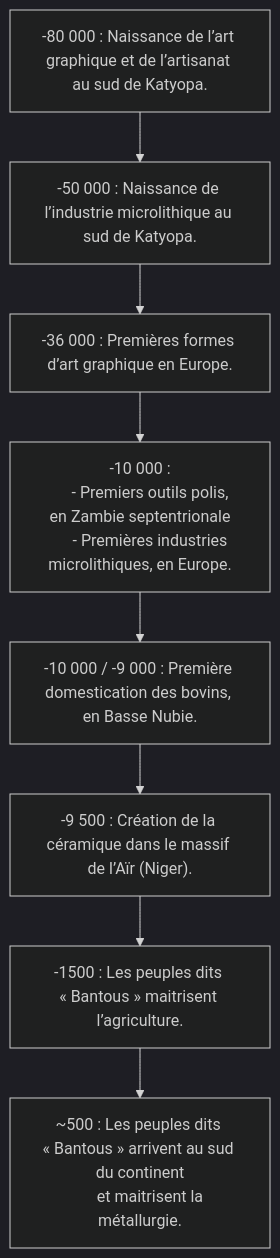
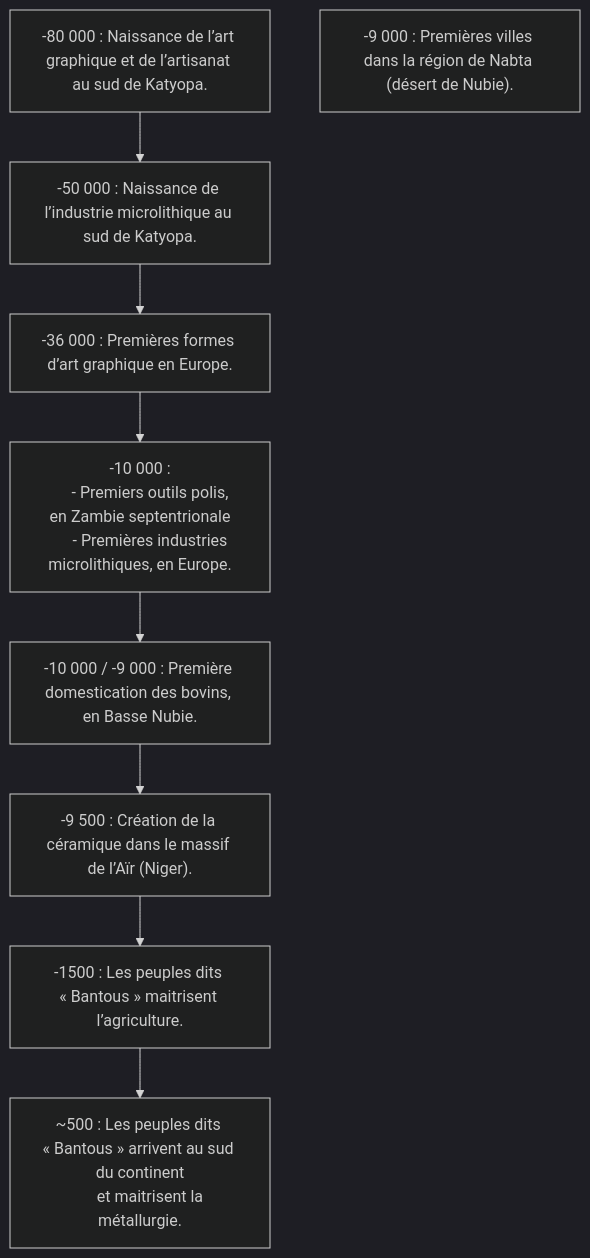
The diagram in en-cours/histoire/avancées-technologiques.md (ba-moun/Ba-Moun-Save), drawn with Mermaid (dark theme) before and after one commit. The commit also changed other lines of this file, not shown here.

Commit message:
docs: update en-cours/histoire/avancées-technologiques

````diff
--- a/en-cours/histoire/avancées-technologiques.md
+++ b/en-cours/histoire/avancées-technologiques.md
@@ -15,24 +15,26 @@
 ```mermaid
 flowchart TB
    graphicArts["-80 000 : Naissance de l’art graphique et de l’artisanat au sud de Katyopa."]
    
    technocomplex["-50 000 : Naissance de l’industrie microlithique au sud de Katyopa."]
    
    graphicArtsInEu["-36 000 : Premières formes d’art graphique en Europe."]
    
    technocomplexInEu["-10 000 :
       - Premiers outils polis, en Zambie septentrionale
       - Premières industries microlithiques, en Europe."]
    
    cattleDomestication["-10 000 / -9 000 : Première domestication des bovins, en Basse Nubie."]
    
    ceramicCreationDate["-9 500 : Création de la céramique dans le massif de l’Aïr (Niger)."]
+   
+   firstCities["-9 000 : Premières villes dans la région de Nabta (désert de Nubie)."]
 
    agriculture["-1500 : Les peuples dits « Bantous » maitrisent l’agriculture."]
    
    metalworkingIndustry["~500 : Les peuples dits « Bantous » arrivent au sud du continent
       et maitrisent la métallurgie."]
       
    graphicArts --> technocomplex --> graphicArtsInEu --> technocomplexInEu --> cattleDomestication --> ceramicCreationDate --> agriculture --> metalworkingIndustry
    
 ```
````
